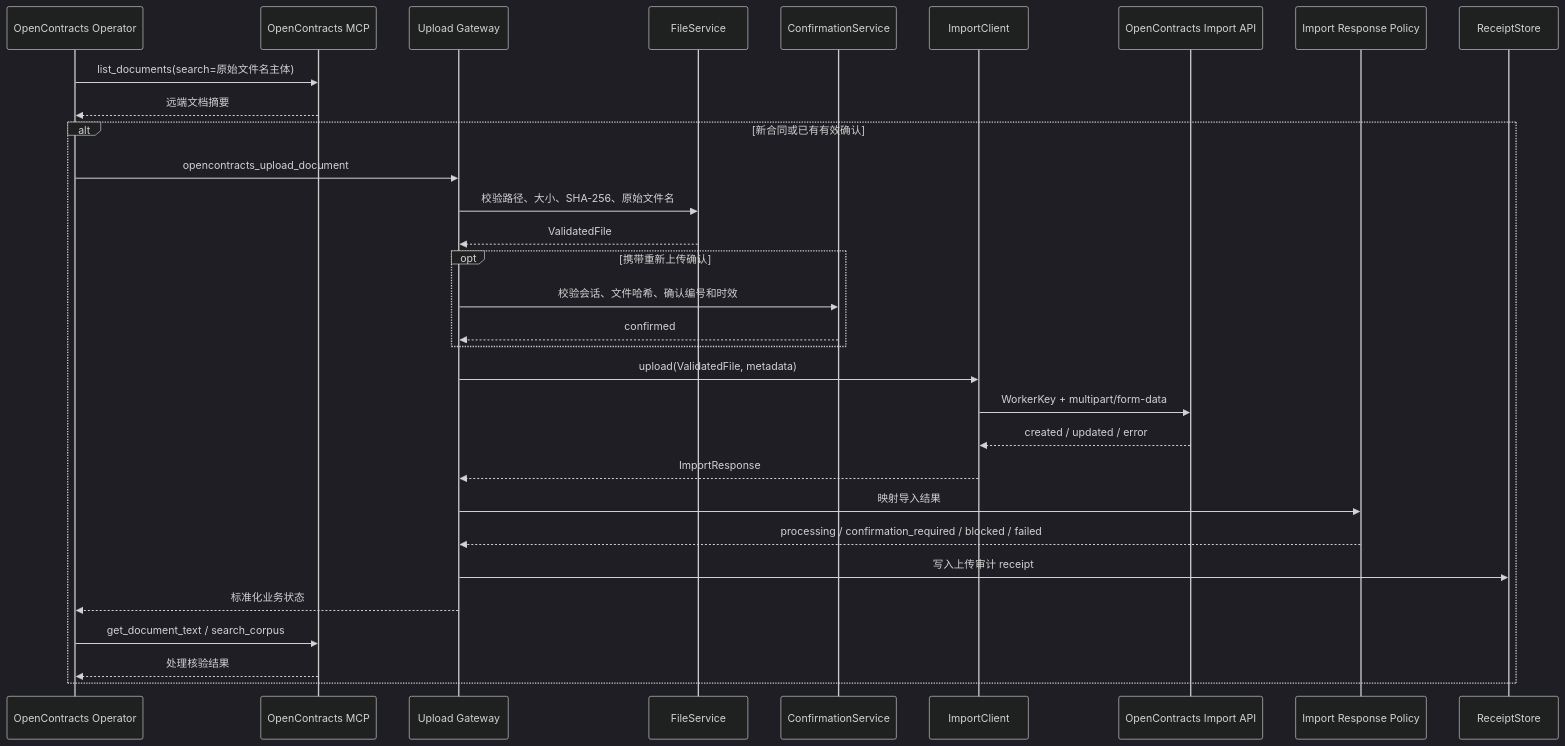
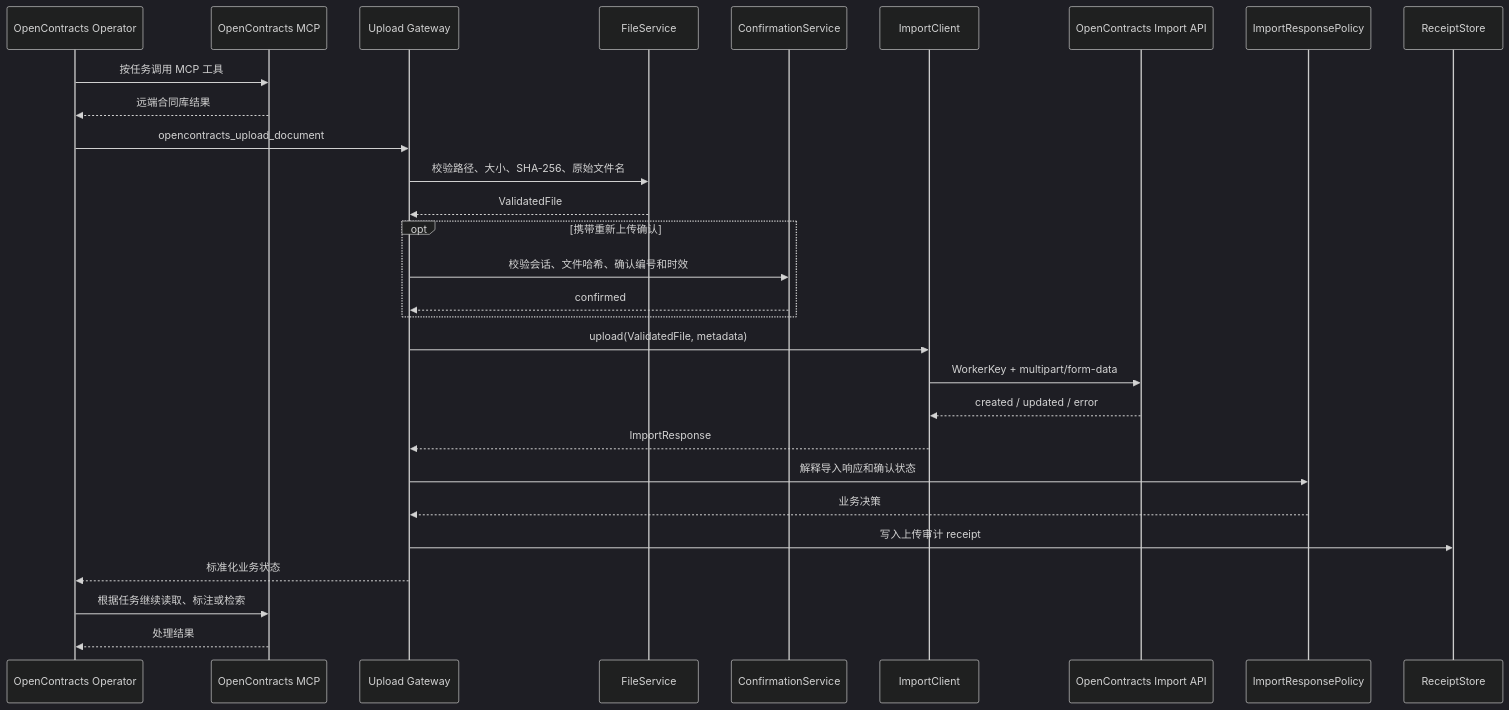
One commit to Ri0n72Y/ContractBotConfig changed the second of 3 diagrams in plugins/astrbot_plugin_opencontracts_gateway/README.md. Above: the diagram before and after it, drawn with Mermaid (dark theme). The commit also changed other lines of this file, not shown here.

Commit message:
docs: update gateway UML and MVP validation

````diff
--- a/plugins/astrbot_plugin_opencontracts_gateway/README.md
+++ b/plugins/astrbot_plugin_opencontracts_gateway/README.md
@@ -47,34 +49,32 @@
 ```mermaid
 sequenceDiagram
     participant O as OpenContracts Operator
     participant M as OpenContracts MCP
     participant G as Upload Gateway
     participant V as FileService
     participant C as ConfirmationService
     participant I as ImportClient
     participant API as OpenContracts Import API
-    participant P as Import Response Policy
+    participant P as ImportResponsePolicy
     participant R as ReceiptStore
 
-    O->>M: list_documents(search=原始文件名主体)
-    M-->>O: 远端文档摘要
-    alt 新合同或已有有效确认
-        O->>G: opencontracts_upload_document
-        G->>V: 校验路径、大小、SHA-256、原始文件名
-        V-->>G: ValidatedFile
-        opt 携带重新上传确认
-            G->>C: 校验会话、文件哈希、确认编号和时效
-            C-->>G: confirmed
-        end
-        G->>I: upload(ValidatedFile, metadata)
-        I->>API: WorkerKey + multipart/form-data
-        API-->>I: created / updated / error
-        I-->>G: ImportResponse
-        G->>P: 映射导入结果
-        P-->>G: processing / confirmation_required / blocked / failed
-        G->>R: 写入上传审计 receipt
-        G-->>O: 标准化业务状态
-        O->>M: get_document_text / search_corpus
-        M-->>O: 处理核验结果
+    O->>M: 按任务调用 MCP 工具
+    M-->>O: 远端合同库结果
+    O->>G: opencontracts_upload_document
+    G->>V: 校验路径、大小、SHA-256、原始文件名
+    V-->>G: ValidatedFile
+    opt 携带重新上传确认
+        G->>C: 校验会话、文件哈希、确认编号和时效
+        C-->>G: confirmed
     end
+    G->>I: upload(ValidatedFile, metadata)
+    I->>API: WorkerKey + multipart/form-data
+    API-->>I: created / updated / error
+    I-->>G: ImportResponse
+    G->>P: 解释导入响应和确认状态
+    P-->>G: 业务决策
+    G->>R: 写入上传审计 receipt
+    G-->>O: 标准化业务状态
+    O->>M: 根据任务继续读取、标注或检索
+    M-->>O: 处理结果
 ```
````
